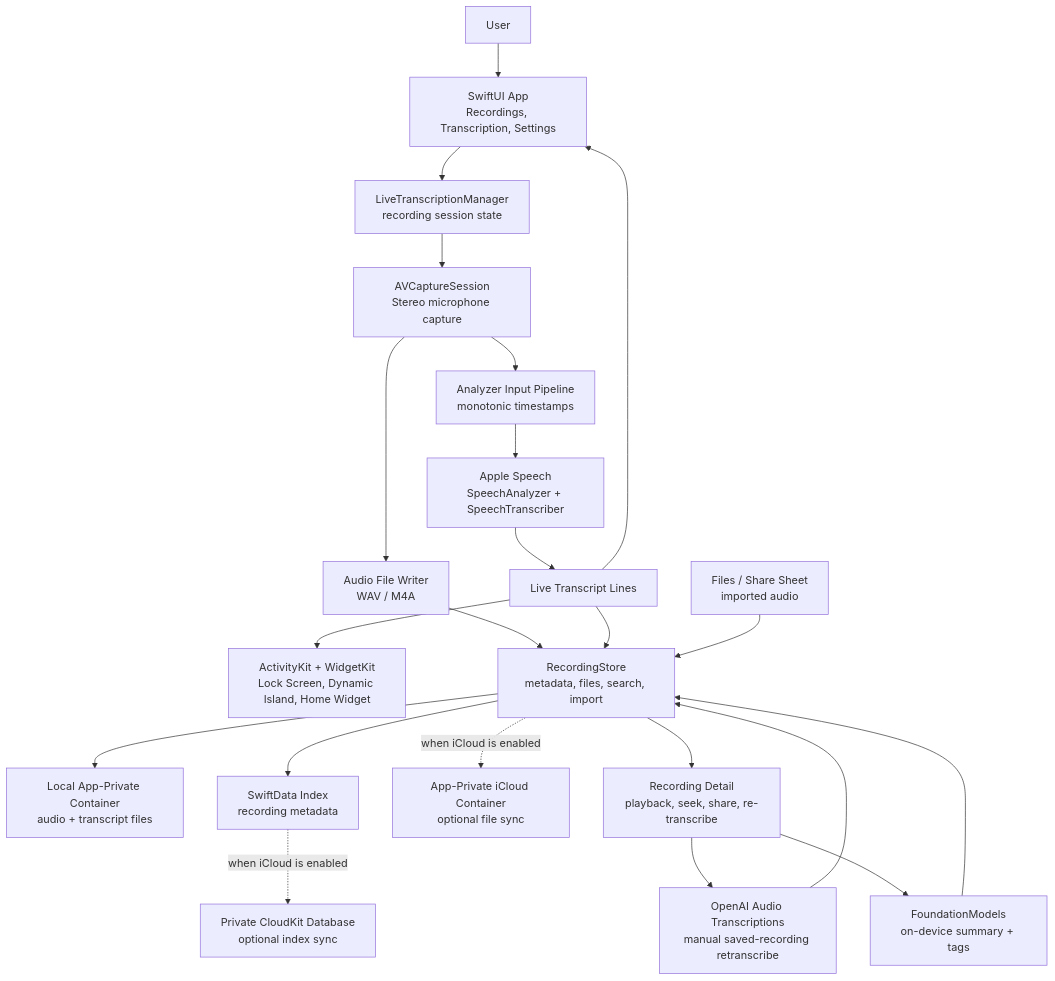
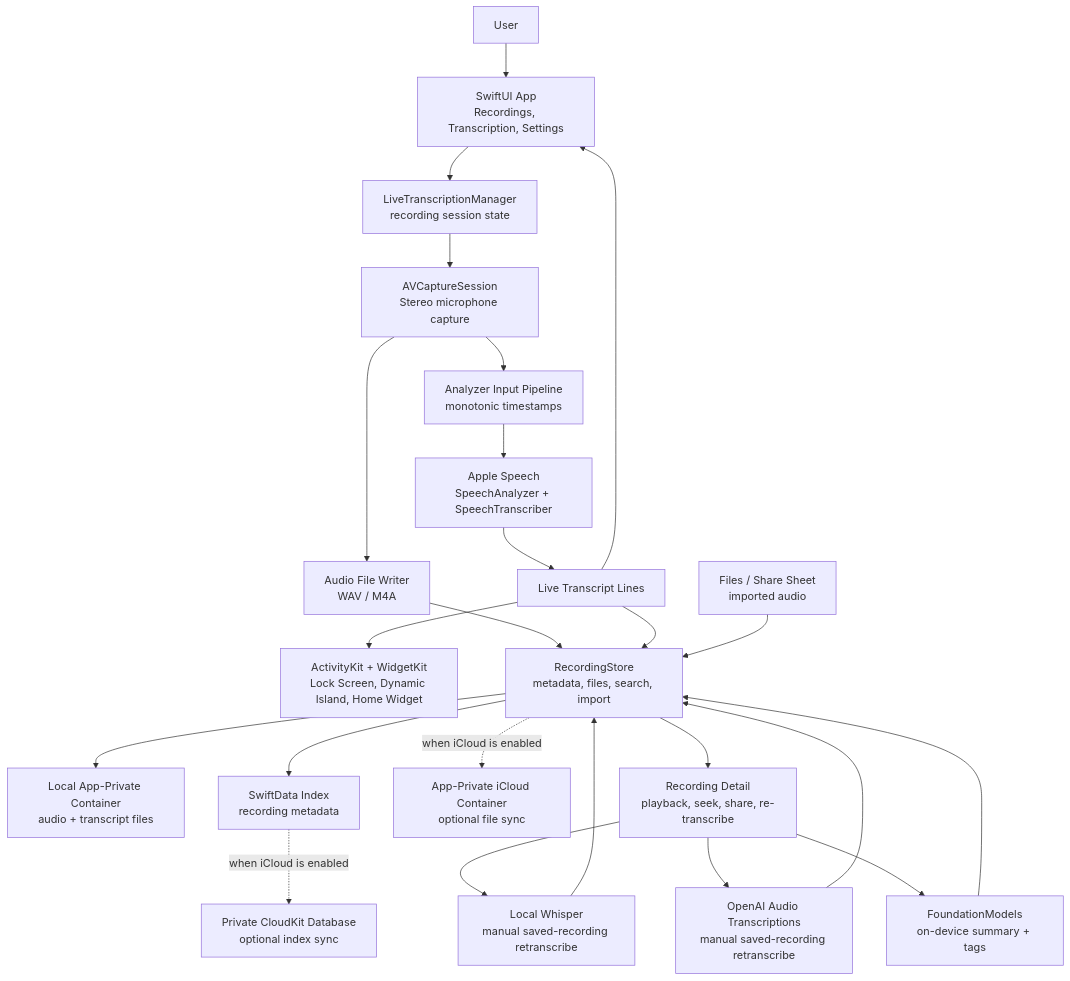
The diagram in README.md (iamwilliamli/LiveTranscriber), drawn with Mermaid before and after one commit. The commit also changed other lines of this file and 14 other files, not shown here.

````diff
--- a/README.md
+++ b/README.md
@@ -58,43 +60,46 @@
 ```mermaid
 flowchart TB
     user["User"]
     ui["SwiftUI App\nRecordings, Transcription, Settings"]
     manager["LiveTranscriptionManager\nrecording session state"]
     capture["AVCaptureSession\nStereo microphone capture"]
     fileWriter["Audio File Writer\nWAV / M4A"]
     speechInput["Analyzer Input Pipeline\nmonotonic timestamps"]
     speech["Apple Speech\nSpeechAnalyzer + SpeechTranscriber"]
+    localWhisper["Local Whisper\nmanual saved-recording retranscribe"]
     openai["OpenAI Audio Transcriptions\nmanual saved-recording retranscribe"]
     liveText["Live Transcript Lines"]
     activity["ActivityKit + WidgetKit\nLock Screen, Dynamic Island, Home Widget"]
     store["RecordingStore\nmetadata, files, search, import"]
     localFiles["Local App-Private Container\naudio + transcript files"]
     swiftData["SwiftData Index\nrecording metadata"]
     icloudFiles["App-Private iCloud Container\noptional file sync"]
     cloudKit["Private CloudKit Database\noptional index sync"]
     detail["Recording Detail\nplayback, seek, share, re-transcribe"]
     intelligence["FoundationModels\non-device summary + tags"]
     importAudio["Files / Share Sheet\nimported audio"]
 
     user --> ui
     ui --> manager
     manager --> capture
     capture --> fileWriter
     capture --> speechInput
     speechInput --> speech
     speech --> liveText
     liveText --> ui
     liveText --> activity
     fileWriter --> store
     liveText --> store
     importAudio --> store
     store --> localFiles
     store --> swiftData
     store -. "when iCloud is enabled" .-> icloudFiles
     swiftData -. "when iCloud is enabled" .-> cloudKit
     store --> detail
+    detail --> localWhisper
     detail --> openai
+    localWhisper --> store
     openai --> store
     detail --> intelligence
     intelligence --> store
 ```
````
